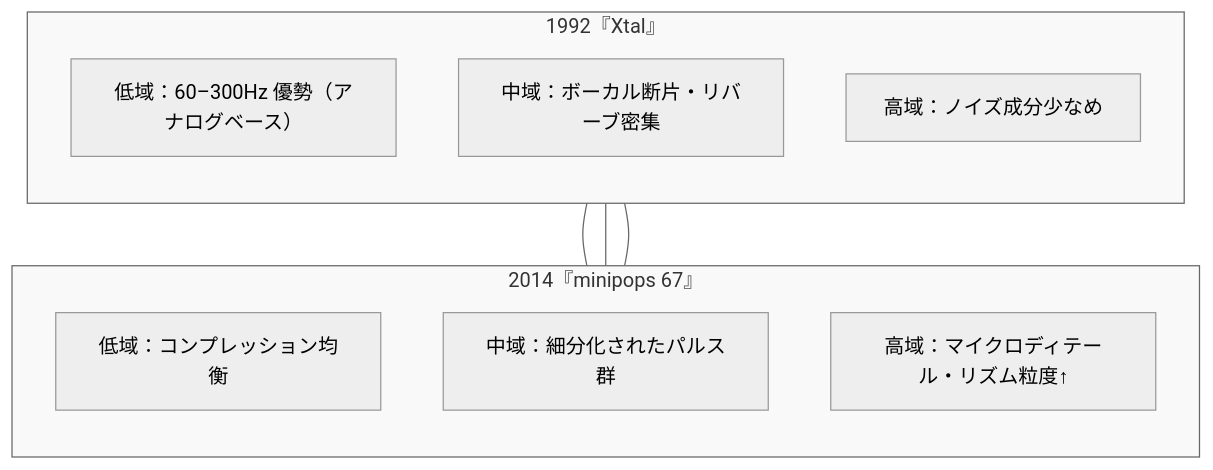
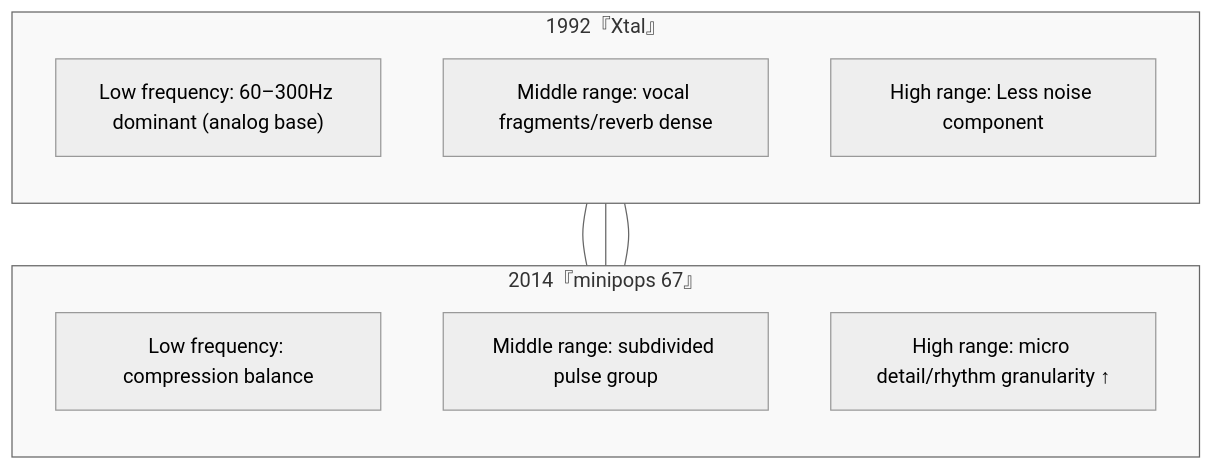
Before and after one commit to monumental-movement/monumental-movement.github.io: the fifth of 7 diagrams in en/_posts/2025-10-24-column-aphex_twin_evolution.md, drawn with Mermaid (neutral theme). The commit also changed other lines of this file and 801 other files, not shown here.

```diff
--- a/en/_posts/2025-10-24-column-aphex_twin_evolution.md
+++ b/en/_posts/2025-10-24-column-aphex_twin_evolution.md
@@ -357,25 +358,25 @@
 <div class="mermaid">
 
 flowchart TB
     subgraph LEFT["1992『Xtal』"]
         direction TB
-        L1["低域：60–300Hz 優勢（アナログベース）"]
-        L2["中域：ボーカル断片・リバーブ密集"]
-        L3["高域：ノイズ成分少なめ"]
+        L1["Low frequency: 60–300Hz dominant (analog base)"]
+        L2["Middle range: vocal fragments/reverb dense"]
+        L3["High range: Less noise component"]
     end
 
     subgraph RIGHT["2014『minipops 67』"]
         direction TB
-        R1["低域：コンプレッション均衡"]
-        R2["中域：細分化されたパルス群"]
-        R3["高域：マイクロディテール・リズム粒度↑"]
+        R1["Low frequency: compression balance"]
+        R2["Middle range: subdivided pulse group"]
+        R3["High range: micro detail/rhythm granularity ↑"]
     end
 
     L1 --- R1
     L2 --- R2
     L3 --- R3
 
     style LEFT fill:#f9f9f9,stroke:#666,stroke-width:1px
     style RIGHT fill:#f9f9f9,stroke:#666,stroke-width:1px
 
 </div>
```
